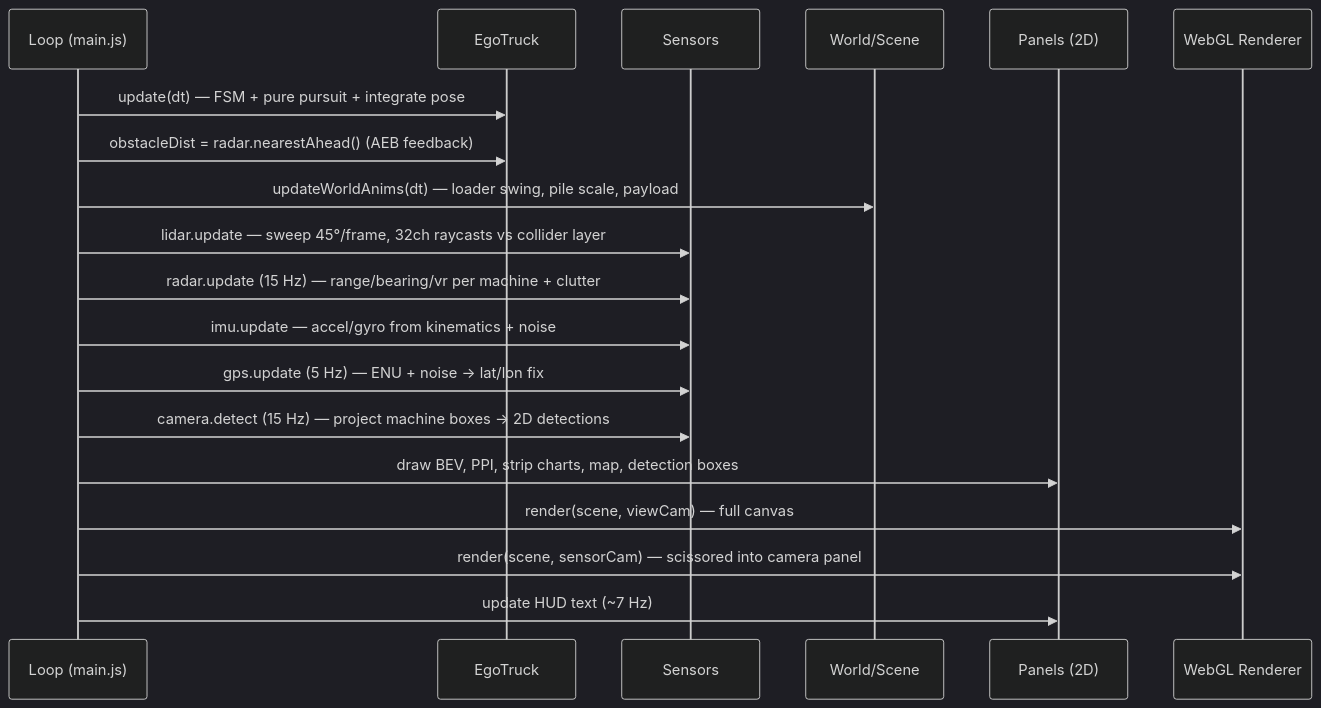
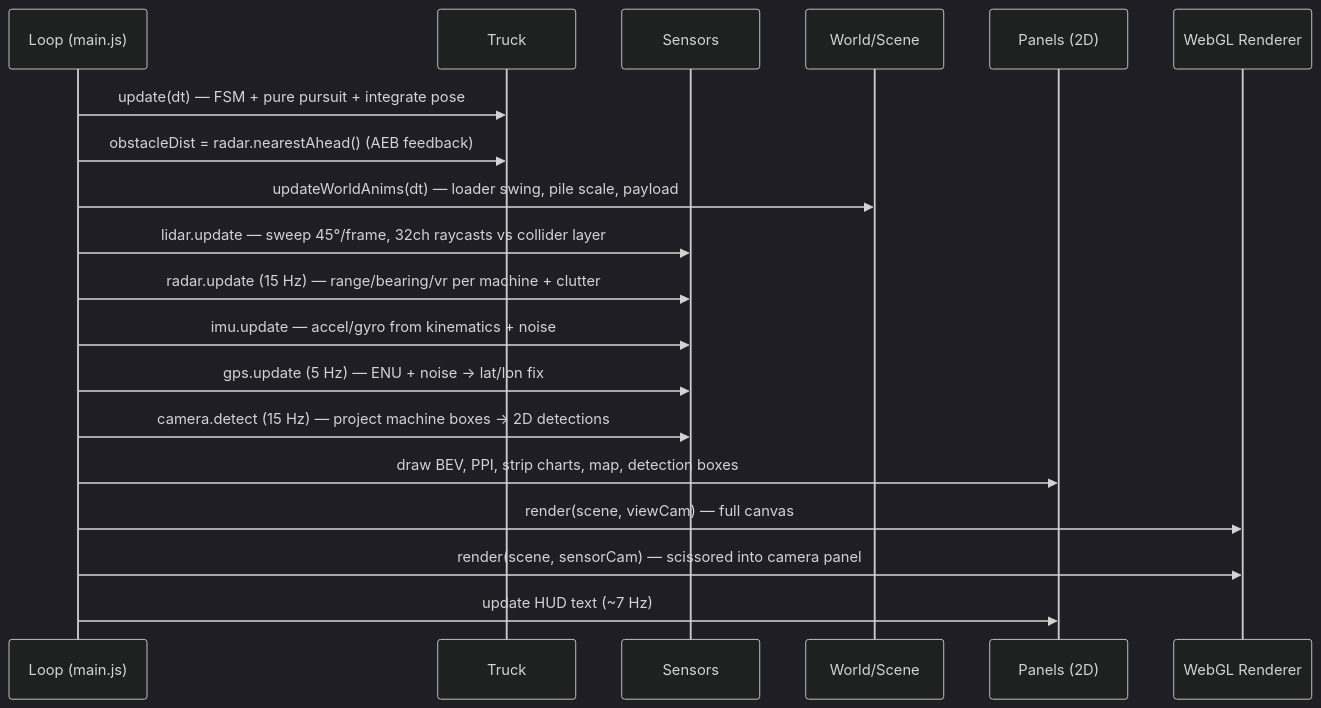
The second of 10 diagrams in README.md (lokanath1209/Autonomy_Mining_Simulator_with_Sensors), drawn with Mermaid (dark theme) before and after one commit. The commit also changed other lines of this file and 9 other files, not shown here.

Commit message:
Rename EgoTruck to Truck, combine sensor panels into one collapsible window, fix truck payload to fill only on shovel dump with fuller coverage, fix camera panel going dark, add sensor doc diagrams to README, add .gitignore

````diff
--- a/README.md
+++ b/README.md
@@ -141,22 +142,22 @@
 ```mermaid
 sequenceDiagram
     participant L as Loop (main.js)
-    participant T as EgoTruck
+    participant T as Truck
     participant S as Sensors
     participant W as World/Scene
     participant P as Panels (2D)
     participant R as WebGL Renderer
 
     L->>T: update(dt) — FSM + pure pursuit + integrate pose
     L->>T: obstacleDist = radar.nearestAhead()  (AEB feedback)
     L->>W: updateWorldAnims(dt) — loader swing, pile scale, payload
     L->>S: lidar.update — sweep 45°/frame, 32ch raycasts vs collider layer
     L->>S: radar.update (15 Hz) — range/bearing/vr per machine + clutter
     L->>S: imu.update — accel/gyro from kinematics + noise
     L->>S: gps.update (5 Hz) — ENU + noise → lat/lon fix
     L->>S: camera.detect (15 Hz) — project machine boxes → 2D detections
     L->>P: draw BEV, PPI, strip charts, map, detection boxes
     L->>R: render(scene, viewCam) — full canvas
     L->>R: render(scene, sensorCam) — scissored into camera panel
     L->>P: update HUD text (~7 Hz)
 ```
````
